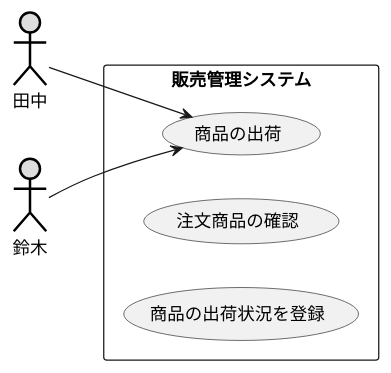
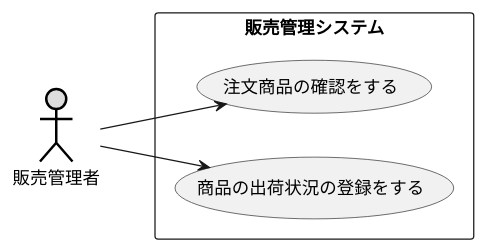
One commit to shinichiro2631/uml_intro changed the diagram in 演習2-5_盛岡商事_販売管理システム.pu. Above: the diagram before and after it, drawn with PlantUML. The commit also changed other lines of this file and 1 other file, not shown here.

```diff
--- a/演習2-5_盛岡商事_販売管理システム.pu
+++ b/演習2-5_盛岡商事_販売管理システム.pu
@@ -1,12 +1,8 @@
-@startuml
+@startuml ユースケース図
 left to right direction
-actor 田中 #DDDDDD;line:black;line.bold;
-actor 鈴木 #DDDDDD;line:black;line.bold;
-rectangle 販売管理システム {
-usecase 商品の出荷
-usecase 注文商品の確認
-usecase 商品の出荷状況を登録
+actor 販売管理者 #DDDDDD;line:black;line.bold;
+rectangle "販売管理システム" as system {
+販売管理者 --> (注文商品の確認をする)
+販売管理者 --> (商品の出荷状況の登録をする)
 }
-田中 --> 商品の出荷
-鈴木 --> 商品の出荷
 @enduml
```
